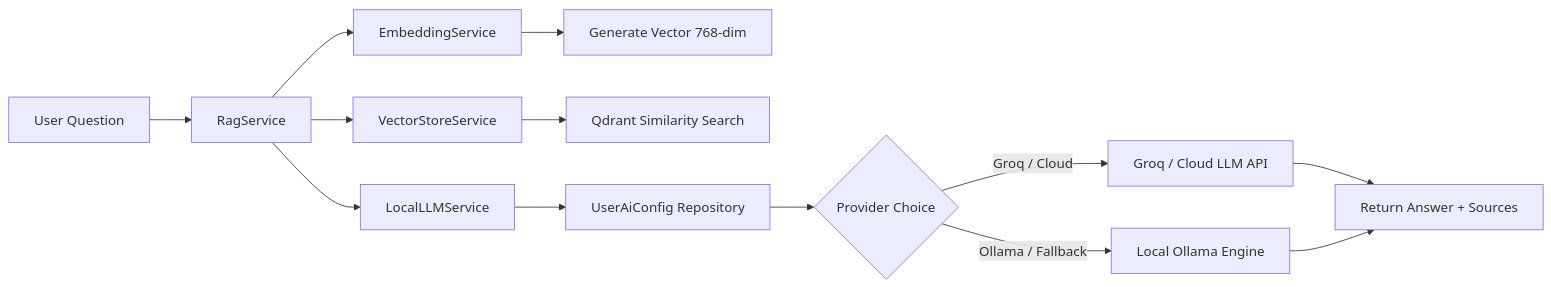
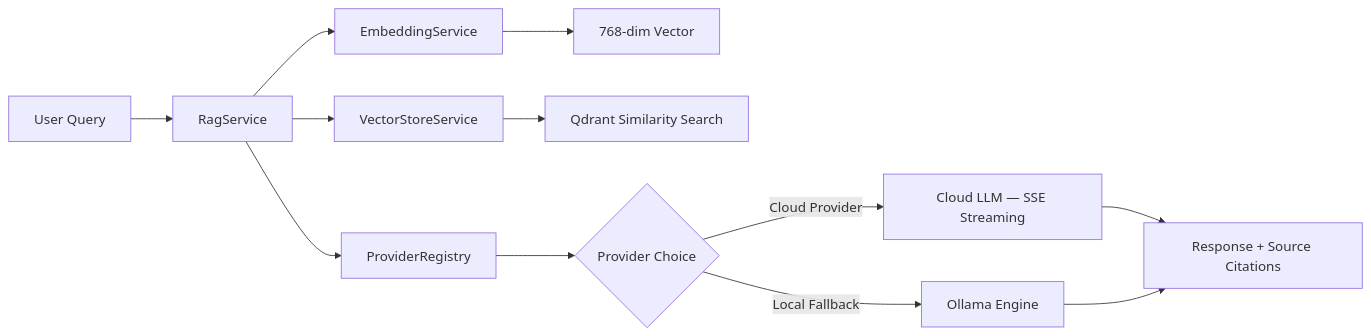
Before and after one commit to Dheerajdvn/AI-School-Management-System: the third of 4 diagrams in Architecture.md, drawn with Mermaid. The commit also changed other lines of this file and 84 other files, not shown here.

````diff
--- a/Architecture.md
+++ b/Architecture.md
@@ -100,15 +133,14 @@
 ```mermaid
 flowchart LR
-    A[User Question] --> B[RagService]
+    A[User Query] --> B[RagService]
     B --> C[EmbeddingService]
-    C --> D[Generate Vector 768-dim]
+    C --> D[768-dim Vector]
     B --> E[VectorStoreService]
     E --> F[Qdrant Similarity Search]
-    B --> G[LocalLLMService]
-    G --> H[UserAiConfig Repository]
-    H --> I{Provider Choice}
-    I -->|Groq / Cloud| J[Groq / Cloud LLM API]
-    I -->|Ollama / Fallback| K[Local Ollama Engine]
-    J --> L[Return Answer + Sources]
-    K --> L[Return Answer + Sources]
+    B --> G[ProviderRegistry]
+    G --> H{Provider Choice}
+    H -->|Cloud Provider| I[Cloud LLM — SSE Streaming]
+    H -->|Local Fallback| J[Ollama Engine]
+    I --> K[Response + Source Citations]
+    J --> K
 ```
````
